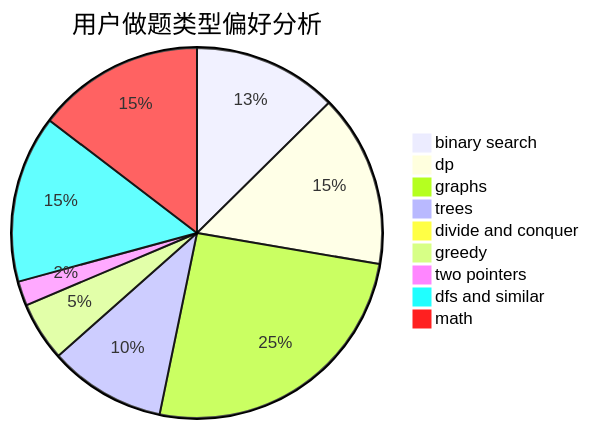
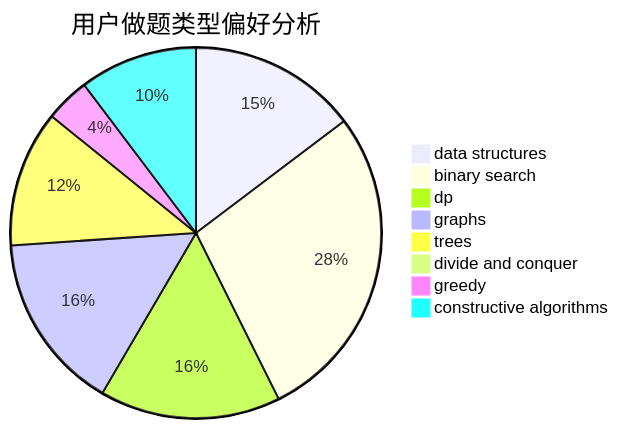
One commit to sherpahu/cfrs.github.io changed the second of 3 diagrams in docs/user/u1034.md. Above: the diagram before and after it, drawn with Mermaid. The commit also changed other lines of this file and 2775 other files, not shown here.

````diff
--- a/docs/user/u1034.md
+++ b/docs/user/u1034.md
@@ -23,12 +23,11 @@
 ```mermaid
 pie title 用户做题类型偏好分析
-    "binary search" :  212
-    "dp" :  254
-    "graphs" :  430
-    "trees" :  172
-    "divide and conquer" :  8
-    "greedy" :  87
-    "two pointers" :  36
-    "dfs and similar" :  246
-    "math" :  246
+    "data structures" :  110
+    "binary search" :  209
+    "dp" :  118
+    "graphs" :  116
+    "trees" :  89
+    "divide and conquer" :  0
+    "greedy" :  29
+    "constructive algorithms" :  77
 ```
````
